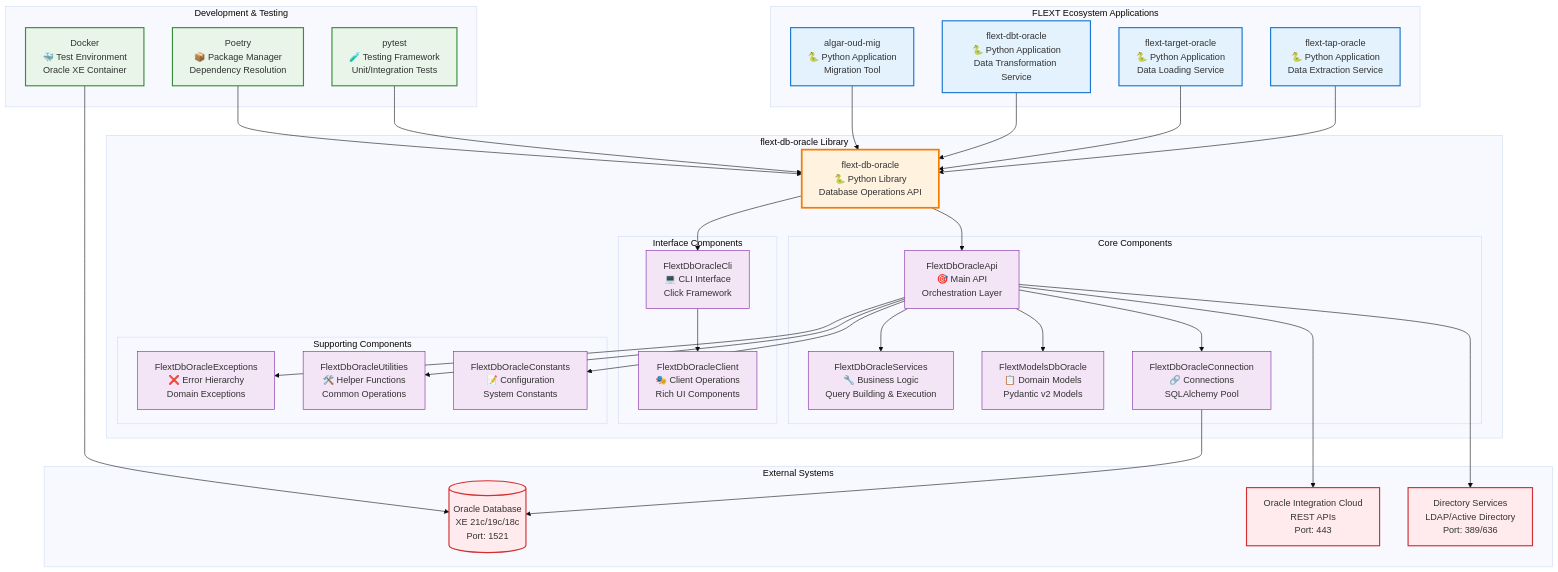
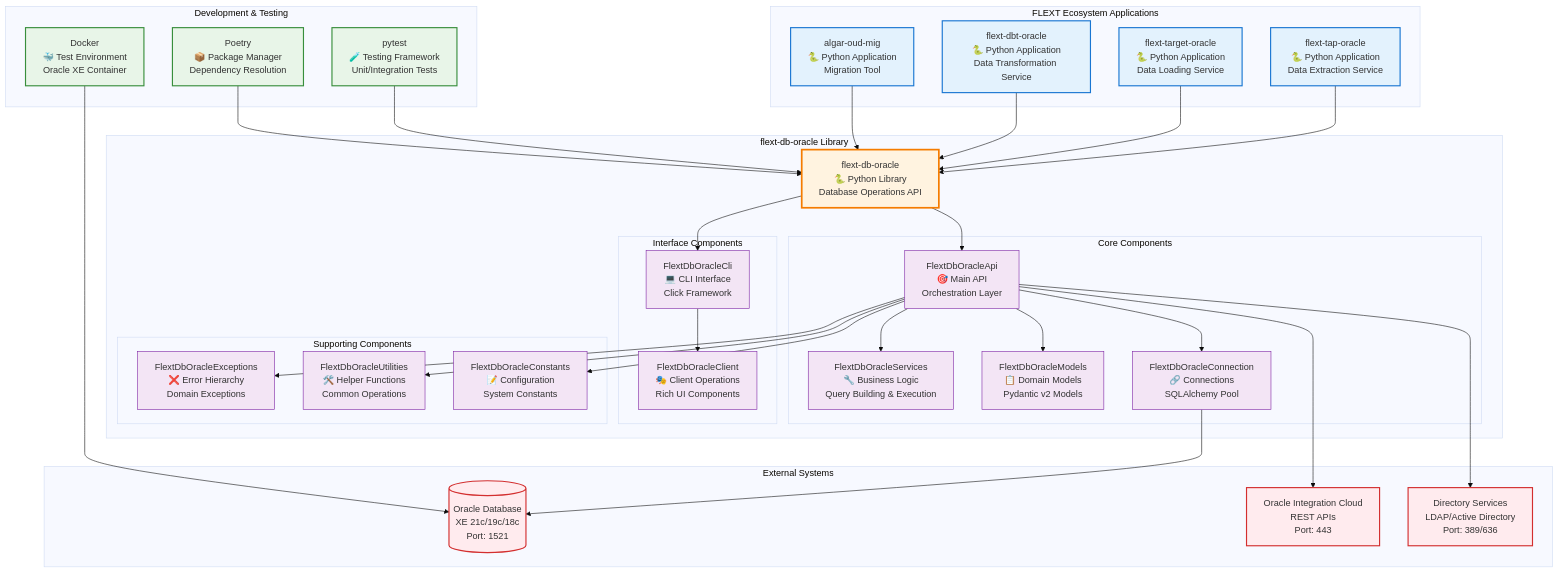
The diagram in docs/architecture/c4-containers.md (flext-sh/flext-db-oracle), drawn with Mermaid (base theme) before and after one commit. The commit also changed 46 other files, not shown here.

```diff
--- a/docs/architecture/c4-containers.md
+++ b/docs/architecture/c4-containers.md
@@ -58,7 +58,7 @@
         subgraph "Core Components"
             API[FlextDbOracleApi<br/>🎯 Main API<br/>Orchestration Layer]
             SERVICES[FlextDbOracleServices<br/>🔧 Business Logic<br/>Query Building & Execution]
-            MODELS[FlextModelsDbOracle<br/>📋 Domain Models<br/>Pydantic v2 Models]
+            MODELS[FlextDbOracleModels<br/>📋 Domain Models<br/>Pydantic v2 Models]
             CONNECTION[FlextDbOracleConnection<br/>🔗 Connections<br/>SQLAlchemy Pool]
         end
 
```
